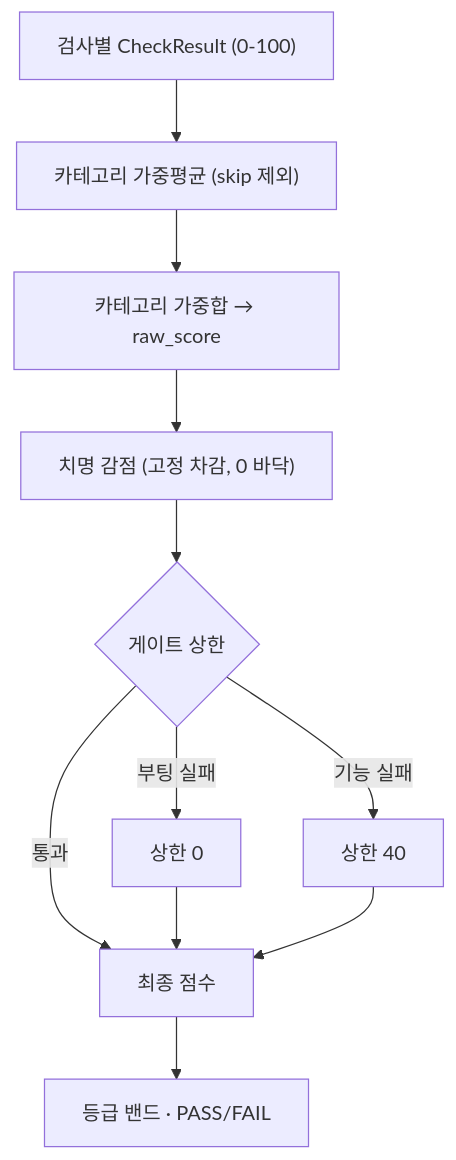
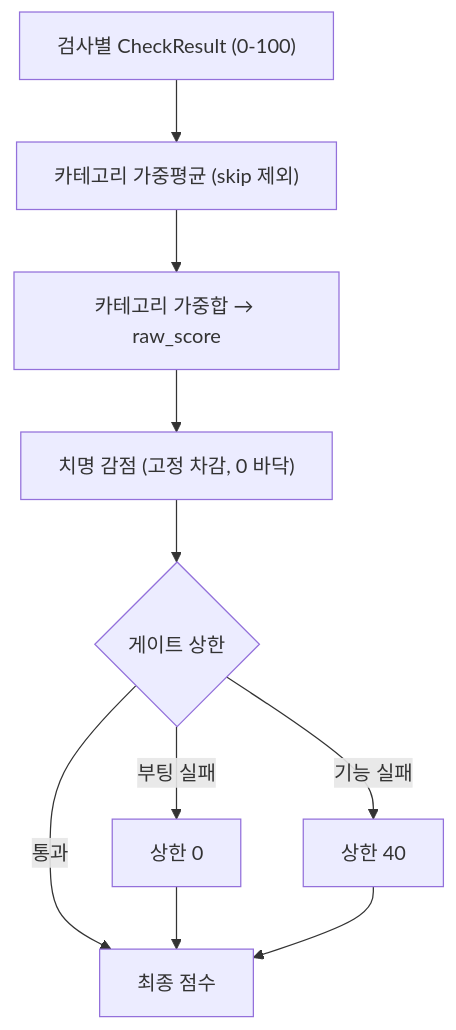
The third of 3 diagrams in docs/ARCHITECTURE.md (Nekonic/vibe-security-score), drawn with Mermaid before and after one commit. The commit also changed other lines of this file and 10 other files, not shown here.

````diff
--- a/docs/ARCHITECTURE.md
+++ b/docs/ARCHITECTURE.md
@@ -122,13 +139,12 @@
 ```mermaid
 flowchart TD
     A["검사별 CheckResult (0-100)"] --> B["카테고리 가중평균 (skip 제외)"]
     B --> C["카테고리 가중합 → raw_score"]
     C --> D["치명 감점 (고정 차감, 0 바닥)"]
     D --> E{게이트 상한}
     E -->|부팅 실패| F[상한 0]
     E -->|기능 실패| G[상한 40]
     E -->|통과| H[최종 점수]
     F --> H
     G --> H
-    H --> I["등급 밴드 · PASS/FAIL"]
 ```
````
